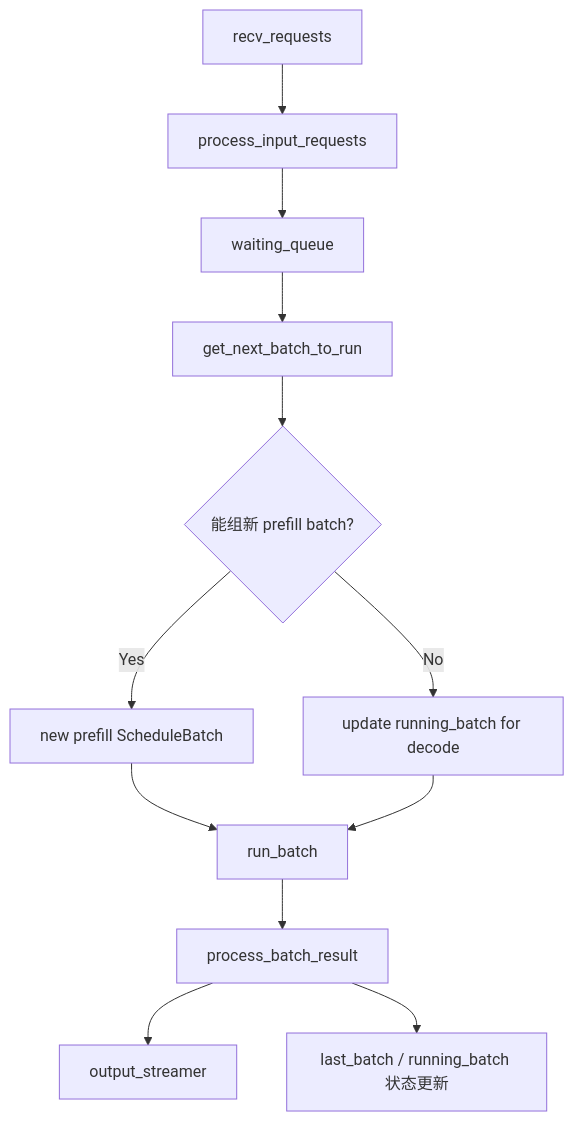
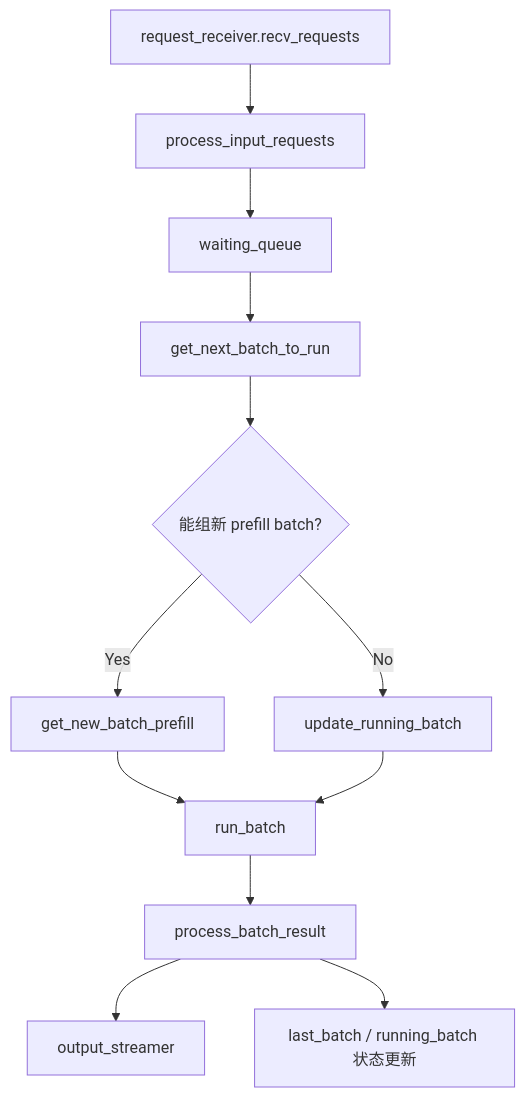
One commit to cl-vv-h/SGLang_Tutor changed the first of 7 diagrams in learning/sglang-source-reading/02-scheduler-core.md. Above: the diagram before and after it, drawn with Mermaid. The commit also changed other lines of this file and 4 other files, not shown here.

````diff
--- a/learning/sglang-source-reading/02-scheduler-core.md
+++ b/learning/sglang-source-reading/02-scheduler-core.md
@@ -15,14 +15,14 @@
 ```mermaid
 flowchart TD
-  A["recv_requests"] --> B["process_input_requests"]
+  A["request_receiver.recv_requests"] --> B["process_input_requests"]
   B --> C["waiting_queue"]
   C --> D["get_next_batch_to_run"]
   D --> E{"能组新 prefill batch?"}
-  E -->|"Yes"| F["new prefill ScheduleBatch"]
-  E -->|"No"| G["update running_batch for decode"]
+  E -->|"Yes"| F["get_new_batch_prefill"]
+  E -->|"No"| G["update_running_batch"]
   F --> H["run_batch"]
   G --> H
   H --> I["process_batch_result"]
   I --> J["output_streamer"]
   I --> K["last_batch / running_batch 状态更新"]
 ```
````
